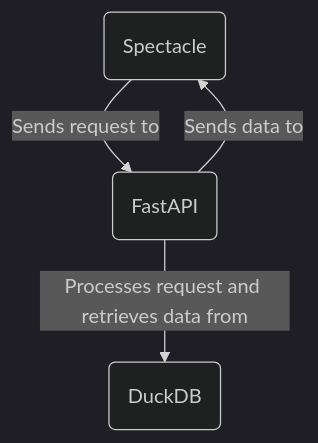
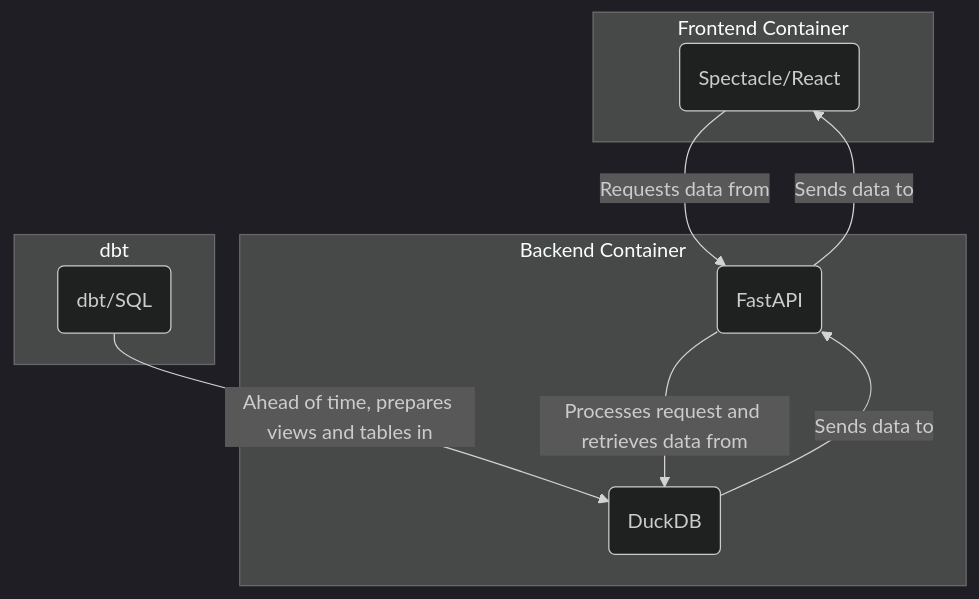
The diagram in README.md (PiechZ/greybox_wrapped), drawn with Mermaid (dark theme) before and after one commit.

Commit message:
Update Mermaid chart

````diff
--- a/README.md
+++ b/README.md
@@ -16,6 +16,17 @@
 ```mermaid
+
 graph TD
-  A(Spectacle) -->|Sends request to| B(FastAPI)
-  B(FastAPI)   -->|Processes request and retrieves data from| C(DuckDB)
-  B(FastAPI)   -->|Sends data to| A(Spectacle)
+  subgraph Frontend Container
+    A(Spectacle/React) 
+  end
+  subgraph Backend Container
+    A(Spectacle/React) -->|Requests data from| B(FastAPI)
+    B(FastAPI) -->|Sends data to| A(Spectacle/React)
+    B(FastAPI) -->|Processes request and retrieves data from| C(DuckDB)
+    C(DuckDB) -->| Sends data to| B(FastAPI)
+  end
+  subgraph dbt
+    D(dbt/SQL) -->| Ahead of time, prepares views and tables in | C(DuckDB)
+  end
+
 ```
````
